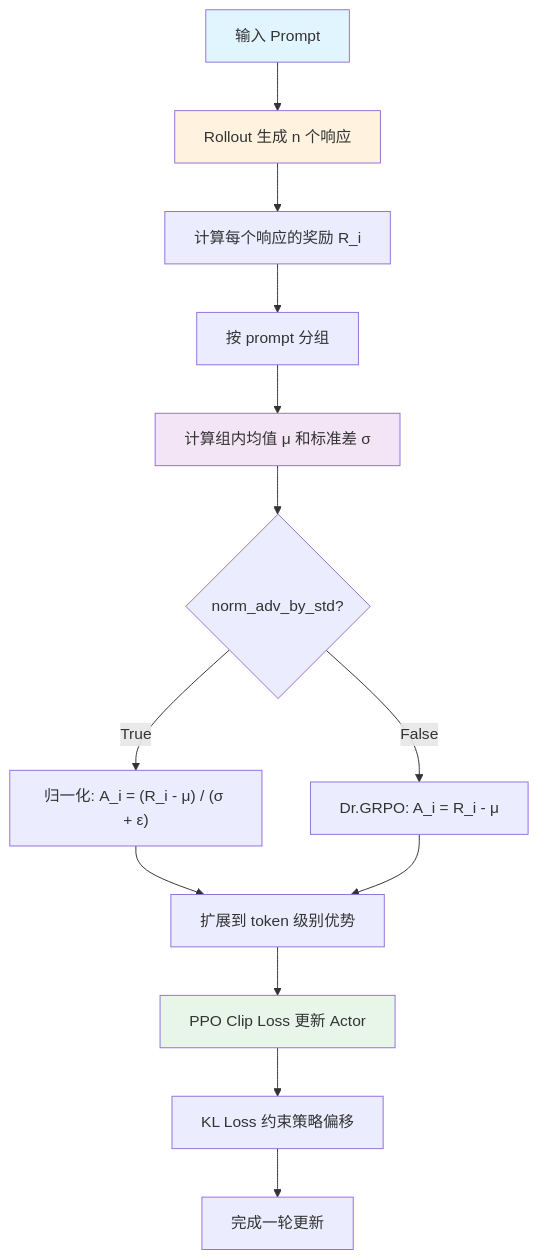
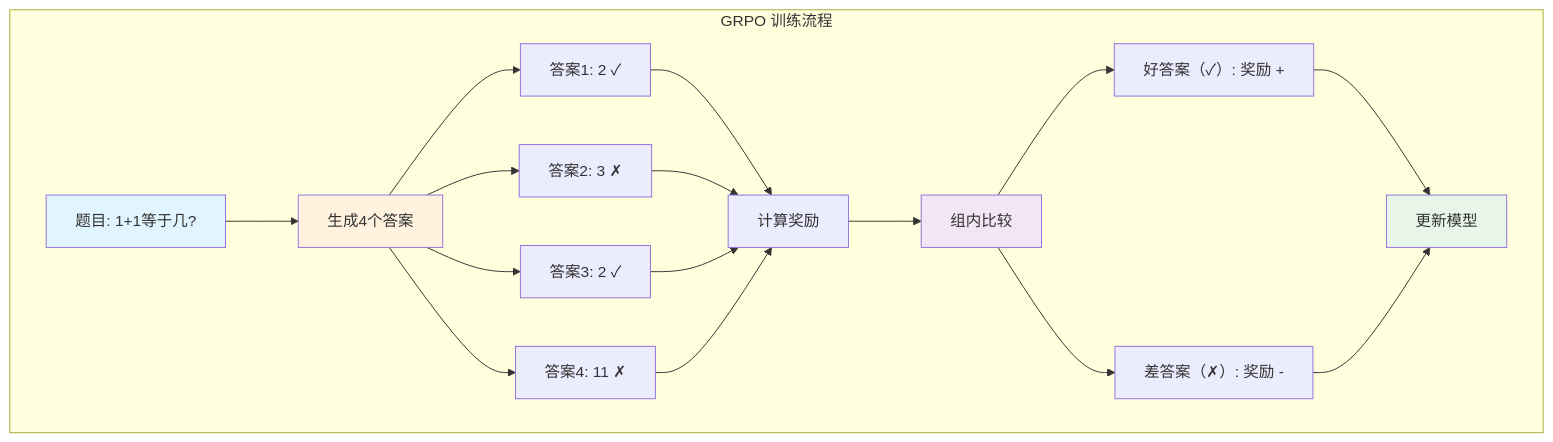
The second of 4 diagrams in ReadCode/17_GRPO训练例子详解.md (liangrui/verl), drawn with Mermaid before and after one commit. The commit also changed other lines of this file, not shown here.

````diff
--- a/ReadCode/17_GRPO训练例子详解.md
+++ b/ReadCode/17_GRPO训练例子详解.md
@@ -93,20 +186,24 @@
 ```mermaid
 flowchart TD
-    A[输入 Prompt] --> B[Rollout 生成 n 个响应]
-    B --> C[计算每个响应的奖励 R_i]
-    C --> D[按 prompt 分组]
-    D --> E[计算组内均值 μ 和标准差 σ]
-    E --> F{norm_adv_by_std?}
-    F -->|True| G["归一化: A_i = (R_i - μ) / (σ + ε)"]
-    F -->|False| H["Dr.GRPO: A_i = R_i - μ"]
-    G --> I[扩展到 token 级别优势]
-    H --> I
-    I --> J[PPO Clip Loss 更新 Actor]
-    J --> K[KL Loss 约束策略偏移]
-    K --> L[完成一轮更新]
+    subgraph GRPO 训练流程
+        A[题目: 1+1等于几?] --> B[生成4个答案]
+        B --> C1["答案1: 2 ✓"]
+        B --> C2["答案2: 3 ✗"]
+        B --> C3["答案3: 2 ✓"]
+        B --> C4["答案4: 11 ✗"]
+        C1 --> D[计算奖励]
+        C2 --> D
+        C3 --> D
+        C4 --> D
+        D --> E[组内比较]
+        E --> F["好答案（✓）: 奖励 +"]
+        E --> G["差答案（✗）: 奖励 -"]
+        F --> H[更新模型]
+        G --> H
+    end
 
     style A fill:#e1f5fe
     style B fill:#fff3e0
     style E fill:#f3e5f5
-    style J fill:#e8f5e9
+    style H fill:#e8f5e9
 ```
````
